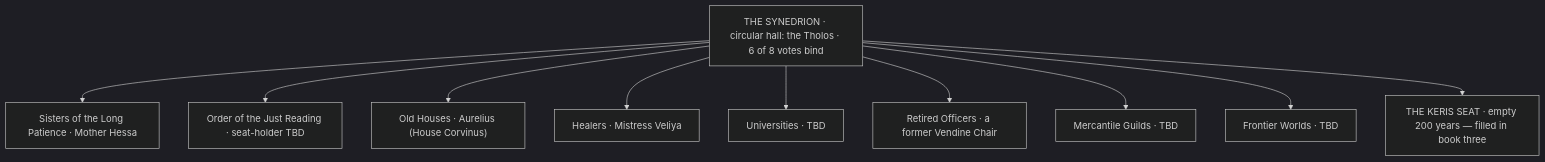
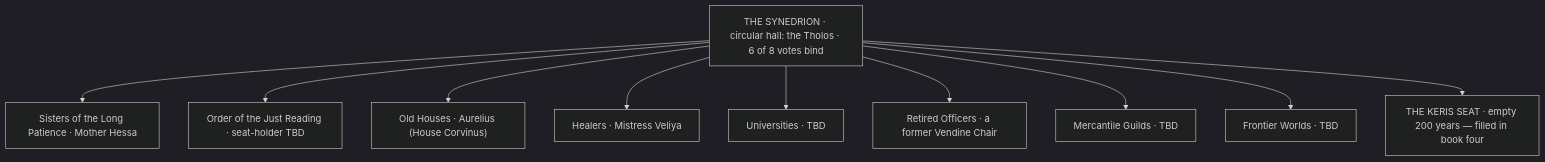
The second of 10 diagrams in reference/CHARACTER_MAP.md (sharifndlovu123/book-of-tartaros), drawn with Mermaid (dark theme) before and after one commit. The commit also changed other lines of this file and 13 other files, not shown here.

````diff
--- a/reference/CHARACTER_MAP.md
+++ b/reference/CHARACTER_MAP.md
@@ -36,13 +36,13 @@
 ```mermaid
 graph TD
   SYN["THE SYNEDRION · circular hall: the Tholos · 6 of 8 votes bind"]
   SYN --> S1["Sisters of the Long Patience · Mother Hessa"]
   SYN --> S2["Order of the Just Reading · seat-holder TBD"]
   SYN --> S3["Old Houses · Aurelius (House Corvinus)"]
   SYN --> S4["Healers · Mistress Veliya"]
   SYN --> S5["Universities · TBD"]
   SYN --> S6["Retired Officers · a former Vendine Chair"]
   SYN --> S7["Mercantile Guilds · TBD"]
   SYN --> S8["Frontier Worlds · TBD"]
-  SYN --> S9["THE KERIS SEAT · empty 200 years — filled in book three"]
+  SYN --> S9["THE KERIS SEAT · empty 200 years — filled in book four"]
 ```
````
